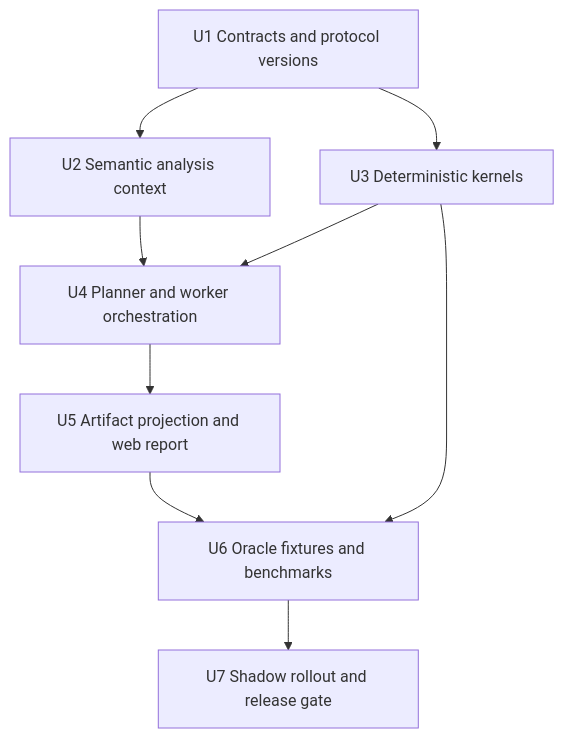
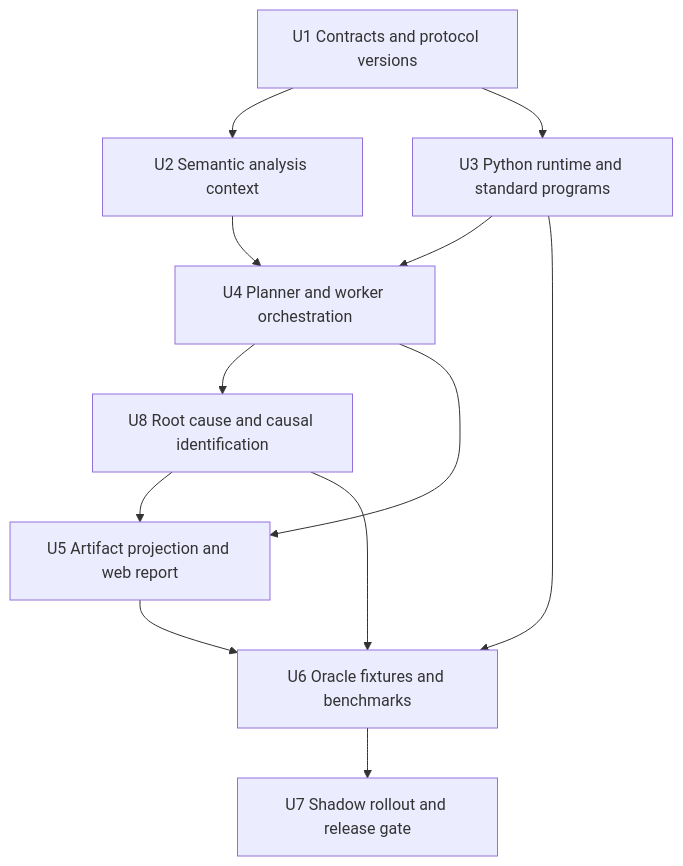
One commit to LienJack/data-agent changed the fourth of 4 diagrams in docs/plans/2026-08-22-003-feat-ontology-grounded-deterministic-analysis-plan.md. Above: the diagram before and after it, drawn with Mermaid. The commit also changed other lines of this file, not shown here.

Commit message:
docs: expand automatic analysis and root cause plan

````diff
--- a/docs/plans/2026-08-22-003-feat-ontology-grounded-deterministic-analysis-plan.md
+++ b/docs/plans/2026-08-22-003-feat-ontology-grounded-deterministic-analysis-plan.md
@@ -741,11 +1148,14 @@
 ```mermaid
 flowchart TB
   U1[U1 Contracts and protocol versions] --> U2[U2 Semantic analysis context]
-  U1 --> U3[U3 Deterministic kernels]
+  U1 --> U3[U3 Python runtime and standard programs]
   U2 --> U4[U4 Planner and worker orchestration]
   U3 --> U4
+  U4 --> U8[U8 Root cause and causal identification]
   U4 --> U5[U5 Artifact projection and web report]
+  U8 --> U5
   U3 --> U6[U6 Oracle fixtures and benchmarks]
+  U8 --> U6
   U5 --> U6
   U6 --> U7[U7 Shadow rollout and release gate]
 ```
````
